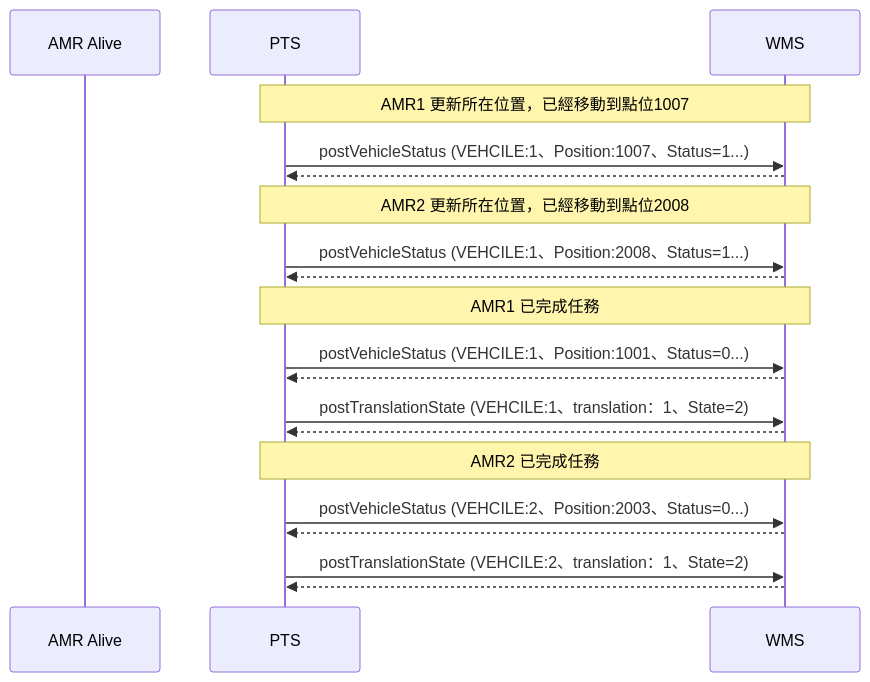
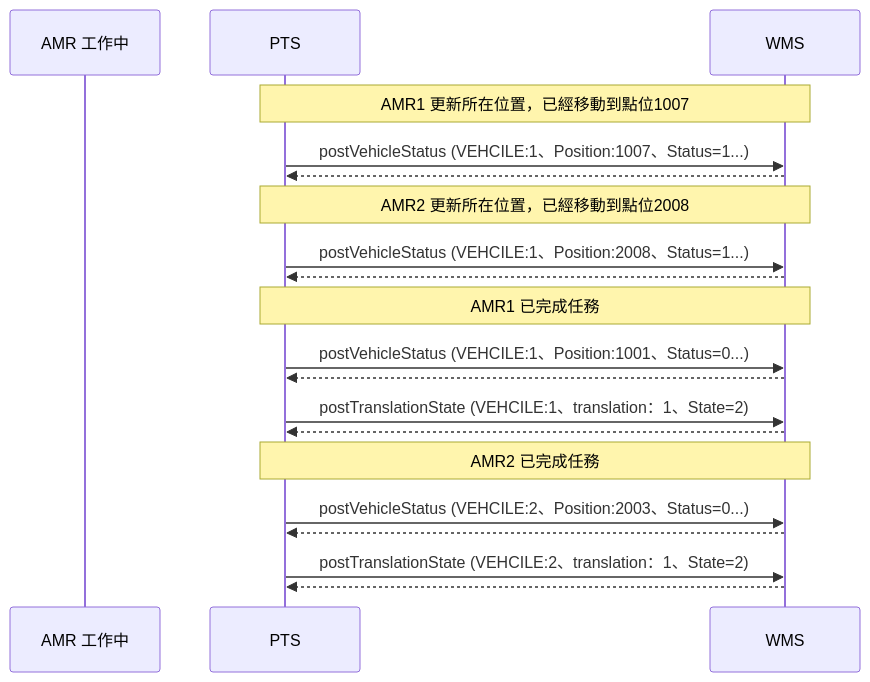
The seventh of 7 diagrams in README.md (athena-tircgo/amr-wms-lsj), drawn with Mermaid before and after one commit. The commit also changed other lines of this file, not shown here.

````diff
--- a/README.md
+++ b/README.md
@@ -373,28 +378,28 @@
 ```mermaid
 sequenceDiagram
-    participant AMR Alive
+    participant AMR 工作中
     participant PTS
     participant WMS
 
 
 note over PTS,WMS: AMR1 更新所在位置，已經移動到點位1007
      PTS->>WMS: postVehicleStatus (VEHCILE:1、Position:1007、Status=1...)
      WMS-->>PTS:
 
 note over PTS,WMS: AMR2 更新所在位置，已經移動到點位2008
      PTS->>WMS: postVehicleStatus (VEHCILE:1、Position:2008、Status=1...)
      WMS-->>PTS:
 
 note over PTS,WMS: AMR1 已完成任務
      PTS->>WMS: postVehicleStatus (VEHCILE:1、Position:1001、Status=0...)
      WMS-->>PTS:
      PTS->>WMS: postTranslationState (VEHCILE:1、translation：1、State=2)
      WMS-->>PTS:
 
 note over PTS,WMS: AMR2 已完成任務
      PTS->>WMS: postVehicleStatus (VEHCILE:2、Position:2003、Status=0...)
      WMS-->>PTS:
      PTS->>WMS: postTranslationState (VEHCILE:2、translation：1、State=2)
      WMS-->>PTS:
 
 ```
````
